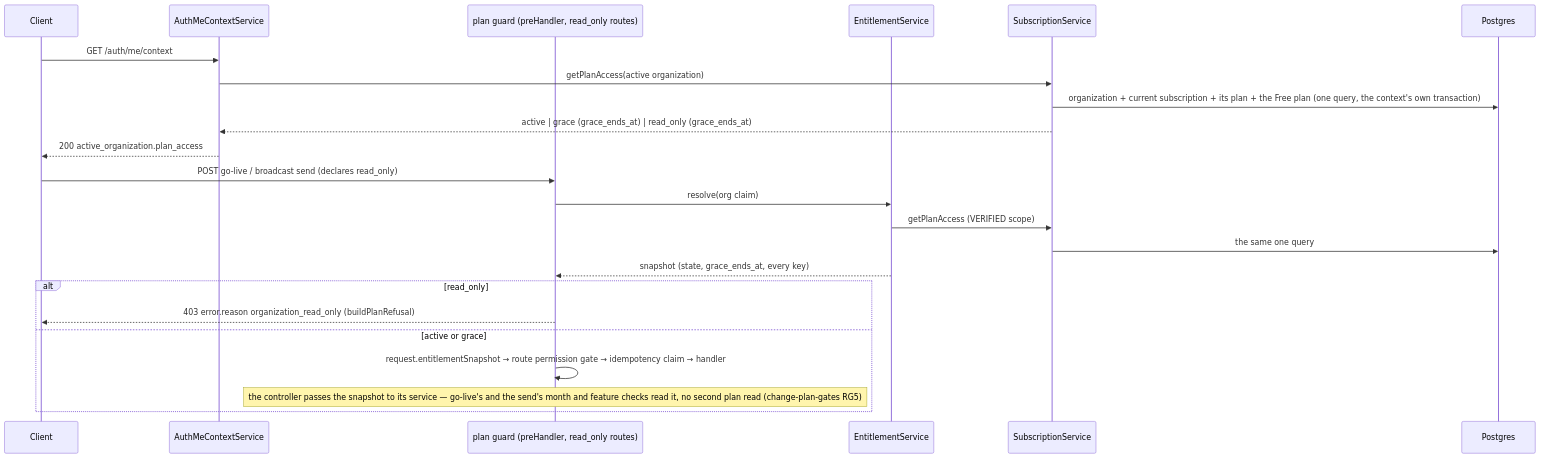
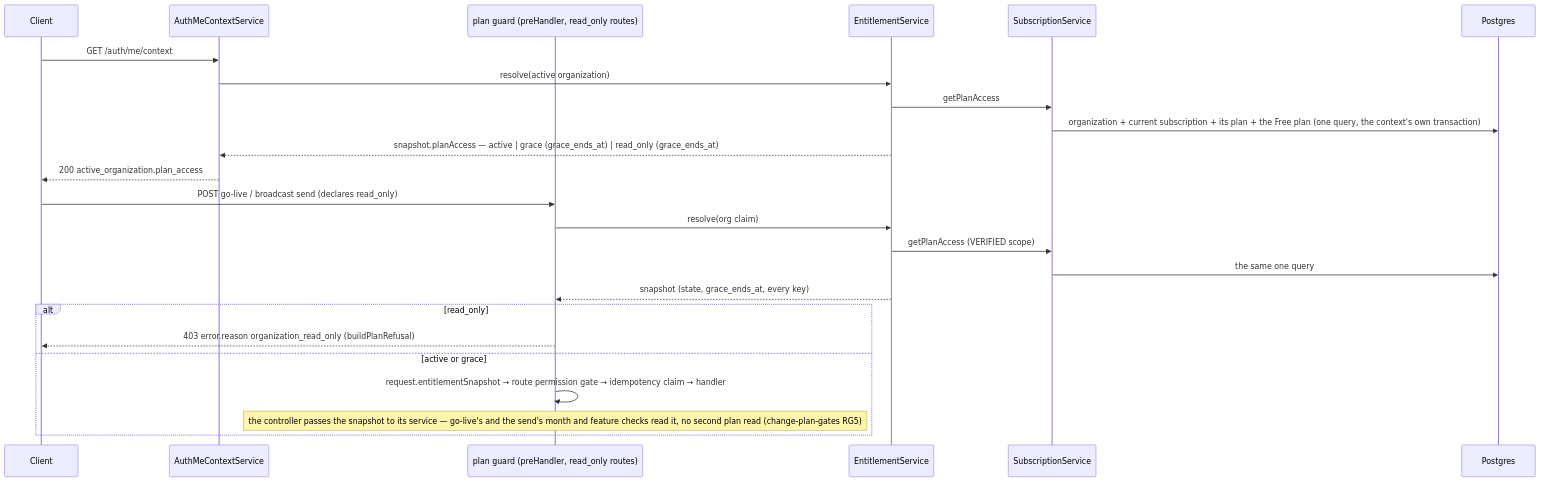
The sixth of 17 diagrams in src/FLOWS.md (albetrios/meepzo-be), drawn with Mermaid before and after one commit. The commit also changed 4 other files, not shown here.

First line of the commit message:
refactor(auth): read the active organization's plan access through the entitlement module

````diff
--- a/src/FLOWS.md
+++ b/src/FLOWS.md
@@ -340,25 +340,26 @@
 ```mermaid
 sequenceDiagram
   participant Client
   participant Ctx as AuthMeContextService
   participant Guard as plan guard (preHandler, read_only routes)
   participant Ent as EntitlementService
   participant Sub as SubscriptionService
   participant DB as Postgres
   Client->>Ctx: GET /auth/me/context
-  Ctx->>Sub: getPlanAccess(active organization)
+  Ctx->>Ent: resolve(active organization)
+  Ent->>Sub: getPlanAccess
   Sub->>DB: organization + current subscription + its plan + the Free plan (one query, the context's own transaction)
-  Sub-->>Ctx: active | grace (grace_ends_at) | read_only (grace_ends_at)
+  Ent-->>Ctx: snapshot.planAccess — active | grace (grace_ends_at) | read_only (grace_ends_at)
   Ctx-->>Client: 200 active_organization.plan_access
   Client->>Guard: POST go-live / broadcast send (declares read_only)
   Guard->>Ent: resolve(org claim)
   Ent->>Sub: getPlanAccess (VERIFIED scope)
   Sub->>DB: the same one query
   Ent-->>Guard: snapshot (state, grace_ends_at, every key)
   alt read_only
     Guard-->>Client: 403 error.reason organization_read_only (buildPlanRefusal)
   else active or grace
     Guard->>Guard: request.entitlementSnapshot → route permission gate → idempotency claim → handler
     Note over Guard: the controller passes the snapshot to its service — go-live's and the send's month and feature checks read it, no second plan read (change-plan-gates RG5)
   end
 ```
````
